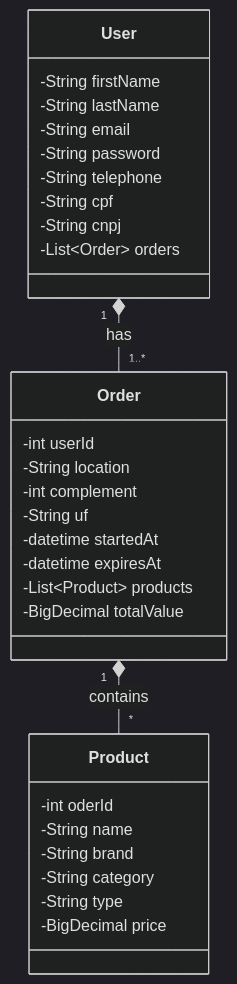
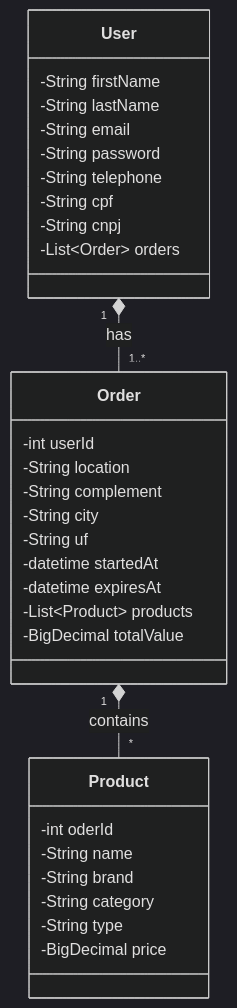
Before and after one commit to lucasvir/luzcameraacao-api: the diagram in README.md, drawn with Mermaid (dark theme). The commit also changed other lines of this file, not shown here.

````diff
--- a/README.md
+++ b/README.md
@@ -5,36 +30,37 @@
 ```mermaid
 classDiagram
     class User {
         -String firstName
         -String lastName
         -String email
         -String password
         -String telephone
         -String cpf
         -String cnpj
         -List~Order~ orders
     }
     
     class Order {
         -int userId
         -String location
-        -int complement
+        -String complement
+        -String city
         -String uf
         -datetime startedAt
         -datetime expiresAt
         -List~Product~ products
         -BigDecimal totalValue
     }
     
     class Product {
         -int oderId
         -String name
         -String brand        
         -String category
         -String type
         -BigDecimal price    
     }
     
     User "1" *-- "1..*" Order : has
     Order "1" *-- "*" Product : contains
 ```
````
